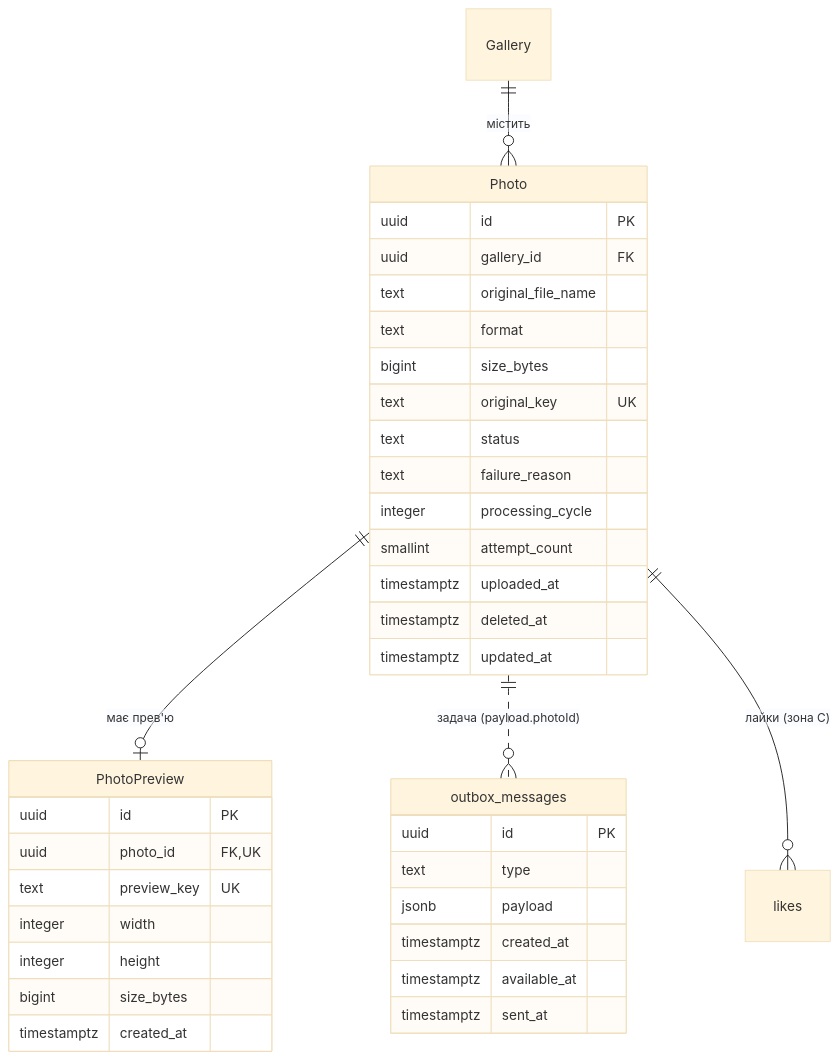
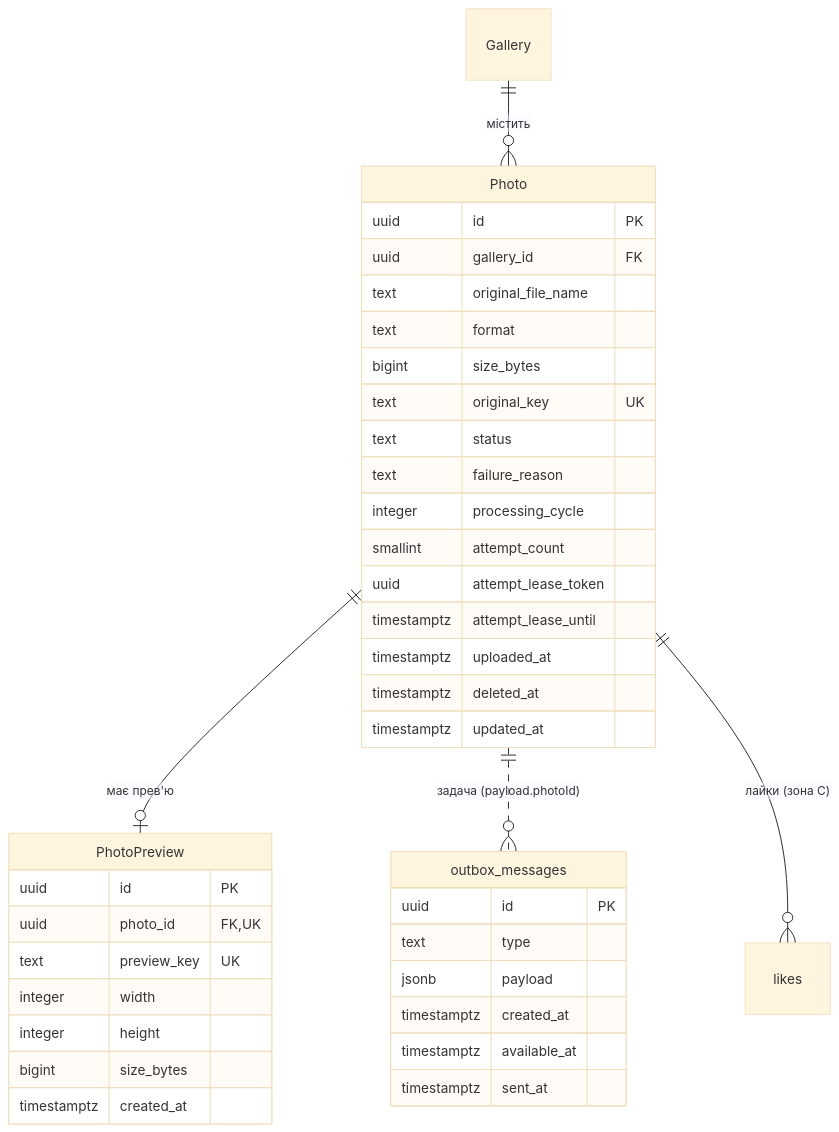
The diagram in docs/07-data-model/entities-zone-b.md (alonasaienko/picpick), drawn with Mermaid (base theme) before and after one commit. The commit also changed other lines of this file, not shown here.

````diff
--- a/docs/07-data-model/entities-zone-b.md
+++ b/docs/07-data-model/entities-zone-b.md
@@ -167,42 +171,44 @@
 ```mermaid
 erDiagram
     Gallery ||--o{ Photo : "містить"
     Photo ||--o| PhotoPreview : "має прев'ю"
     Photo ||..o{ outbox_messages : "задача (payload.photoId)"
     Photo ||--o{ likes : "лайки (зона C)"
 
     Photo {
         uuid id PK
         uuid gallery_id FK
         text original_file_name
         text format
         bigint size_bytes
         text original_key UK
         text status
         text failure_reason
         integer processing_cycle
         smallint attempt_count
+        uuid attempt_lease_token
+        timestamptz attempt_lease_until
         timestamptz uploaded_at
         timestamptz deleted_at
         timestamptz updated_at
     }
 
     PhotoPreview {
         uuid id PK
         uuid photo_id FK,UK
         text preview_key UK
         integer width
         integer height
         bigint size_bytes
         timestamptz created_at
     }
 
     outbox_messages {
         uuid id PK
         text type
         jsonb payload
         timestamptz created_at
         timestamptz available_at
         timestamptz sent_at
     }
 ```
````
